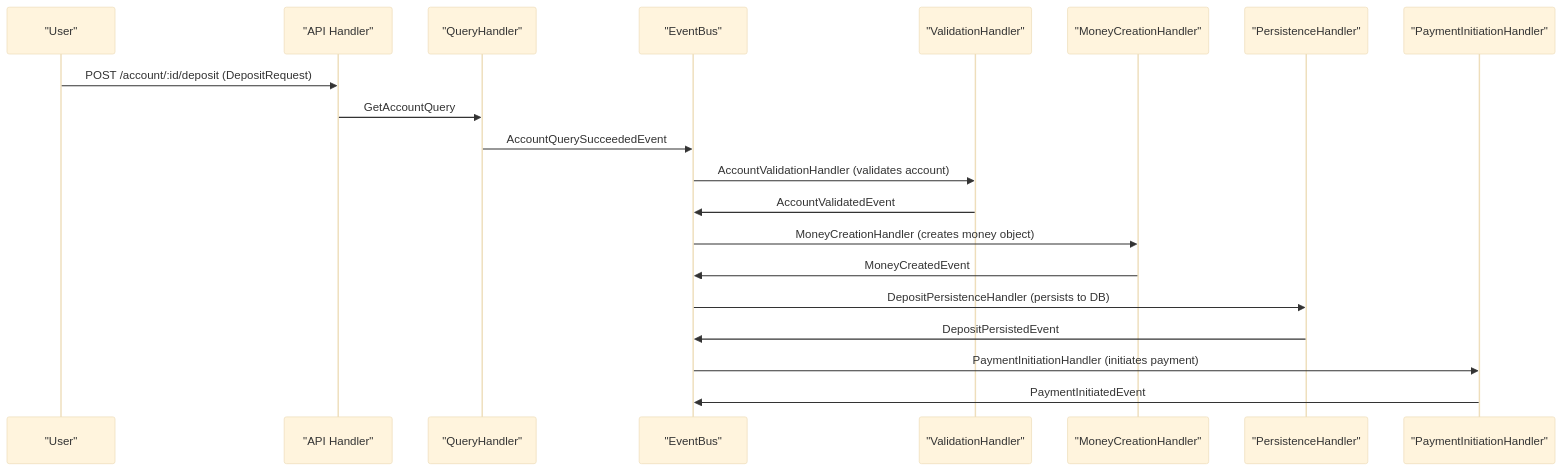
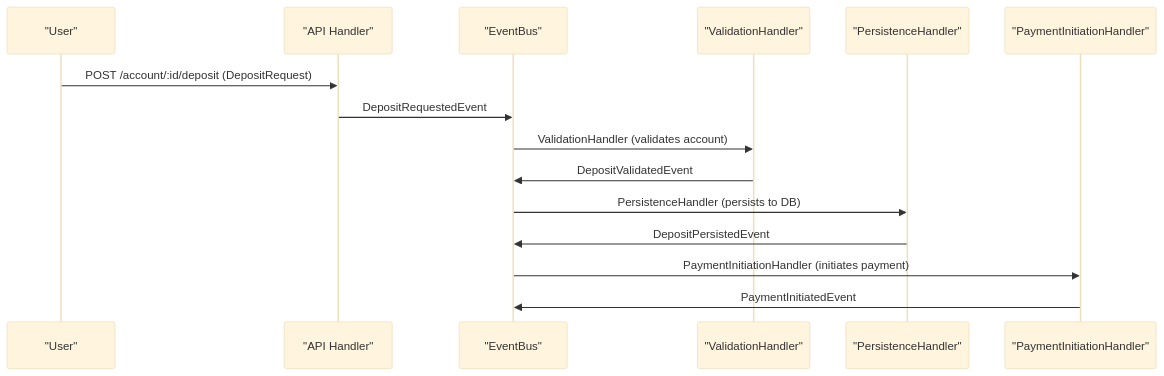
One commit to amirasaad/fintech changed the first of 2 diagrams in docs/refactoring/event-driven-deposit-flow.md. Above: the diagram before and after it, drawn with Mermaid (base theme). The commit also changed other lines of this file and 47 other files, not shown here.

First line of the commit message:
refactor(deposit):  utilize TransactionCommand DTO and enhance event-driven architecture

````diff
--- a/docs/refactoring/event-driven-deposit-flow.md
+++ b/docs/refactoring/event-driven-deposit-flow.md
@@ -18,23 +18,18 @@
 ```mermaid
 sequenceDiagram
     participant U as "User"
     participant API as "API Handler"
-    participant QH as "QueryHandler"
     participant EB as "EventBus"
     participant VH as "ValidationHandler"
-    participant MC as "MoneyCreationHandler"
     participant P as "PersistenceHandler"
     participant PP as "PaymentInitiationHandler"
 
     U->>API: POST /account/:id/deposit (DepositRequest)
-    API->>QH: GetAccountQuery
-    QH->>EB: AccountQuerySucceededEvent
-    EB->>VH: AccountValidationHandler (validates account)
-    VH->>EB: AccountValidatedEvent
-    EB->>MC: MoneyCreationHandler (creates money object)
-    MC->>EB: MoneyCreatedEvent
-    EB->>P: DepositPersistenceHandler (persists to DB)
+    API->>EB: DepositRequestedEvent
+    EB->>VH: ValidationHandler (validates account)
+    VH->>EB: DepositValidatedEvent
+    EB->>P: PersistenceHandler (persists to DB)
     P->>EB: DepositPersistedEvent
     EB->>PP: PaymentInitiationHandler (initiates payment)
     PP->>EB: PaymentInitiatedEvent
 ```
````
